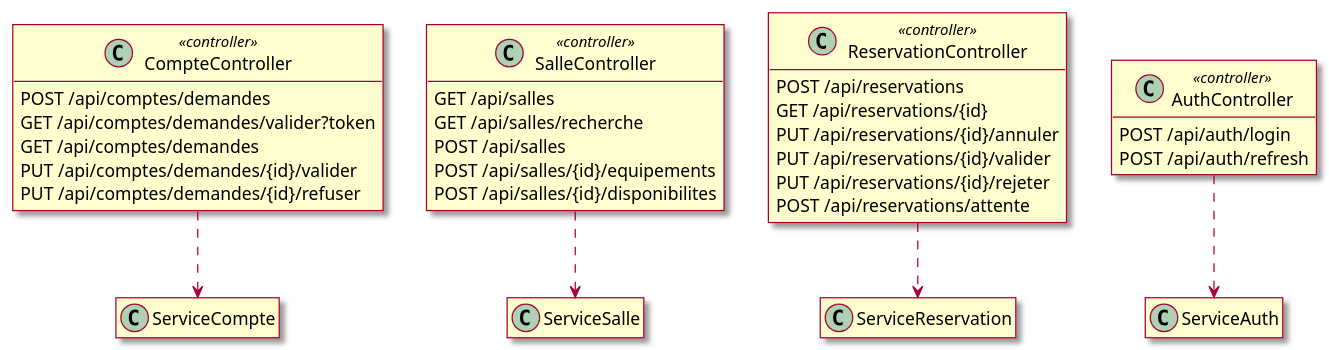
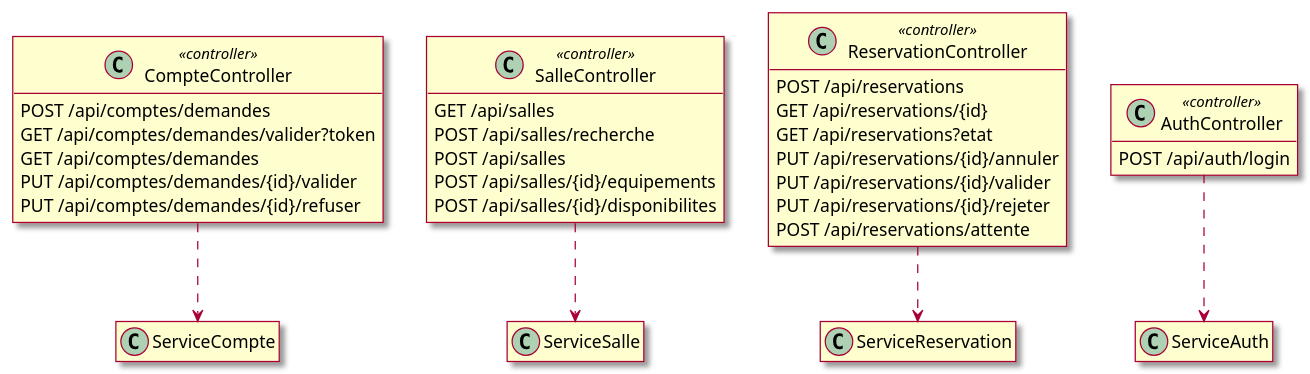
Before and after one commit to mrajaonson/glg204-room-management-system: diagram 38 of 38 in docs/03-Conception.md, drawn with PlantUML. The commit also changed other lines of this file and 4 other files, not shown here.

````diff
--- a/docs/03-Conception.md
+++ b/docs/03-Conception.md
@@ -1730,41 +1843,41 @@
 ```plantuml
 @startuml
 skin rose
 hide empty members
 
 class CompteController <<controller>> {
   POST /api/comptes/demandes
   GET /api/comptes/demandes/valider?token
   GET /api/comptes/demandes
   PUT /api/comptes/demandes/{id}/valider
   PUT /api/comptes/demandes/{id}/refuser
 }
 
 class SalleController <<controller>> {
   GET /api/salles
-  GET /api/salles/recherche
+  POST /api/salles/recherche
   POST /api/salles
   POST /api/salles/{id}/equipements
   POST /api/salles/{id}/disponibilites
 }
 
 class ReservationController <<controller>> {
   POST /api/reservations
   GET /api/reservations/{id}
+  GET /api/reservations?etat
   PUT /api/reservations/{id}/annuler
   PUT /api/reservations/{id}/valider
   PUT /api/reservations/{id}/rejeter
   POST /api/reservations/attente
 }
 
 class AuthController <<controller>> {
   POST /api/auth/login
-  POST /api/auth/refresh
 }
 
 CompteController ..> ServiceCompte
 SalleController ..> ServiceSalle
 ReservationController ..> ServiceReservation
 AuthController ..> ServiceAuth
 @enduml
 ```
````
